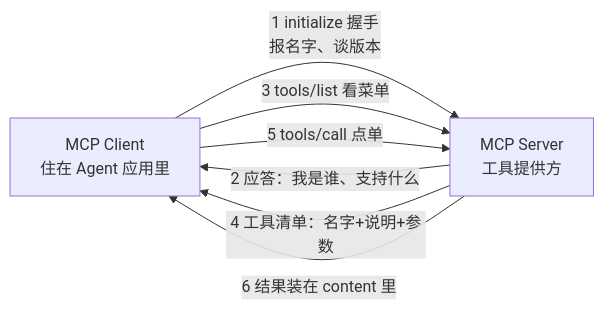
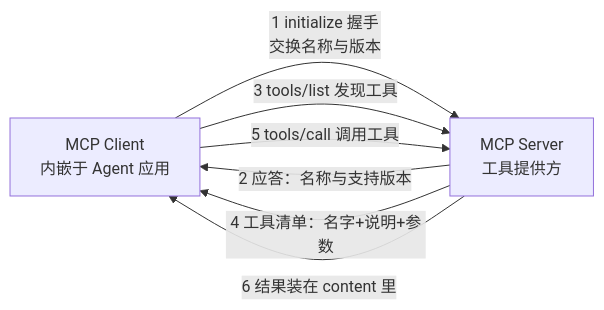
One commit to xxxAndlk/AI_Agent_Learning_path changed the diagram in 06.Agent系统与智能体/第05课_MCP模型上下文协议/第05课.md. Above: the diagram before and after it, drawn with Mermaid. The commit also changed other lines of this file and 3 other files, not shown here.

````diff
--- a/06.Agent系统与智能体/第05课_MCP模型上下文协议/第05课.md
+++ b/06.Agent系统与智能体/第05课_MCP模型上下文协议/第05课.md
@@ -15,9 +19,9 @@
 ```mermaid
 flowchart LR
-    C["MCP Client<br/>住在 Agent 应用里"] -- "1 initialize 握手<br/>报名字、谈版本" --> S["MCP Server<br/>工具提供方"]
-    S -- "2 应答：我是谁、支持什么" --> C
-    C -- "3 tools/list 看菜单" --> S
+    C["MCP Client<br/>内嵌于 Agent 应用"] -- "1 initialize 握手<br/>交换名称与版本" --> S["MCP Server<br/>工具提供方"]
+    S -- "2 应答：名称与支持版本" --> C
+    C -- "3 tools/list 发现工具" --> S
     S -- "4 工具清单：名字+说明+参数" --> C
-    C -- "5 tools/call 点单" --> S
+    C -- "5 tools/call 调用工具" --> S
     S -- "6 结果装在 content 里" --> C
 ```
````
